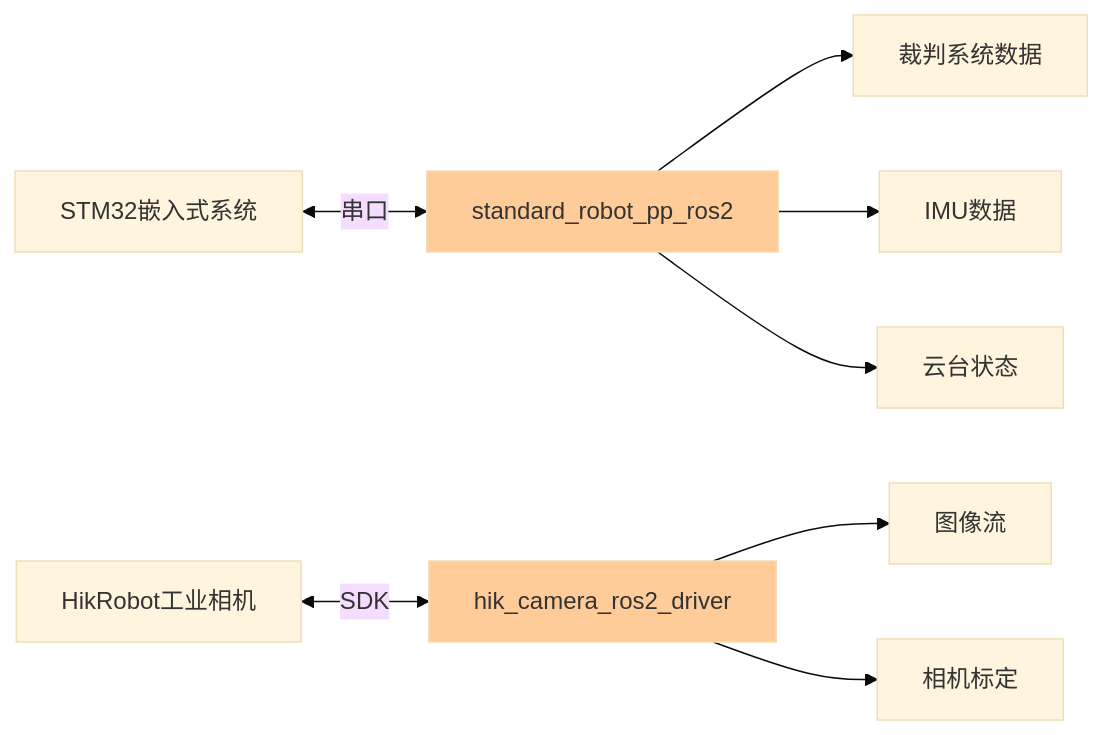
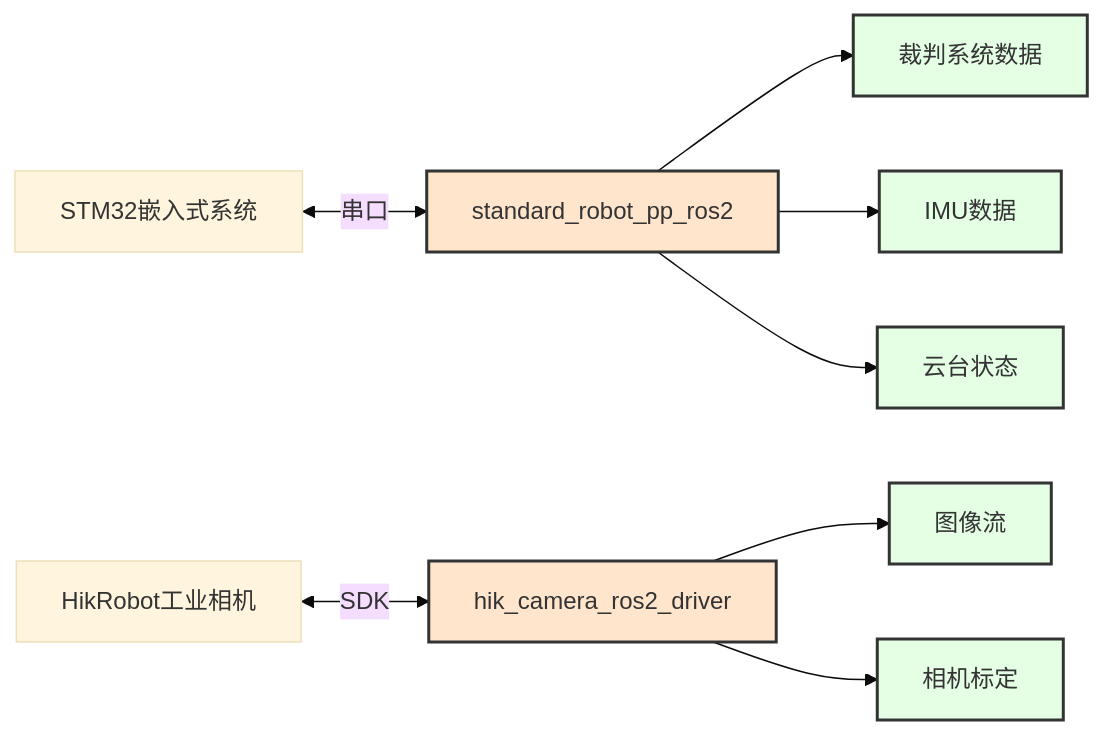
One commit to happywosabi/pb2025_sentry_ws changed the first of 6 diagrams in docs/02_硬件接口层.md. Above: the diagram before and after it, drawn with Mermaid (base theme). The commit also changed other lines of this file and 5 other files, not shown here.

````diff
--- a/docs/02_硬件接口层.md
+++ b/docs/02_硬件接口层.md
@@ -18,14 +18,17 @@
 ```mermaid
 graph LR
     A[STM32嵌入式系统] <-->|串口| B[standard_robot_pp_ros2]
     C[HikRobot工业相机] <-->|SDK| D[hik_camera_ros2_driver]
 
     B --> E[裁判系统数据]
     B --> F[IMU数据]
     B --> G[云台状态]
     D --> H[图像流]
     D --> I[相机标定]
 
-    style B fill:#ffcc99
-    style D fill:#ffcc99
+    classDef hardwareClass fill:#FFE5CC,stroke:#333,stroke-width:2px
+    classDef dataClass fill:#E5FFE5,stroke:#333,stroke-width:2px
+
+    class B,D hardwareClass
+    class E,F,G,H,I dataClass
 ```
````
